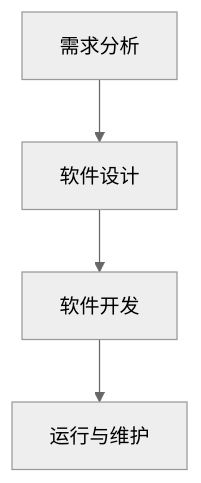
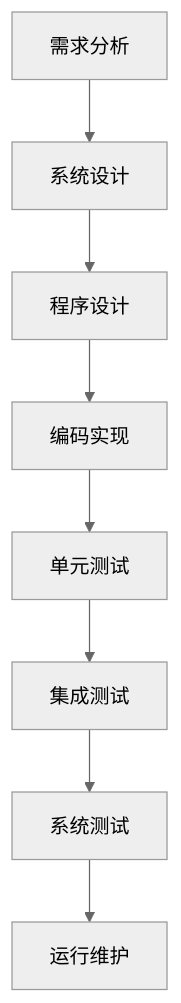
Before and after one commit to YoungHong1992/ruankao-senior-architecture-designer: the first of 7 diagrams in 01.系统架构设计师教材-清洗版/第05章-软件工程基础知识.md, drawn with Mermaid (neutral theme). The commit also changed other lines of this file and 14 other files, not shown here.

Commit message:
fix: restore source-backed diagrams and exam variants

````diff
--- a/01.系统架构设计师教材-清洗版/第05章-软件工程基础知识.md
+++ b/01.系统架构设计师教材-清洗版/第05章-软件工程基础知识.md
@@ -50,6 +50,10 @@
 ```mermaid
 flowchart TB
-    Requirements["需求分析"] --> Design["软件设计"]
-    Design --> Development["软件开发"]
-    Development --> Operation["运行与维护"]
+    Requirements["需求分析"] --> SystemDesign["系统设计"]
+    SystemDesign --> ProgramDesign["程序设计"]
+    ProgramDesign --> Coding["编码实现"]
+    Coding --> UnitTest["单元测试"]
+    UnitTest --> IntegrationTest["集成测试"]
+    IntegrationTest --> SystemTest["系统测试"]
+    SystemTest --> Operation["运行维护"]
 ```
````
